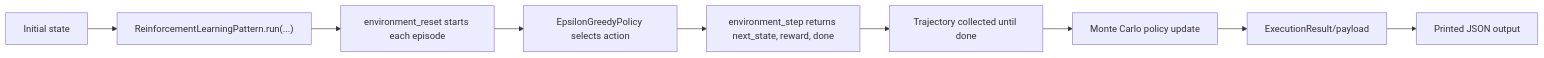
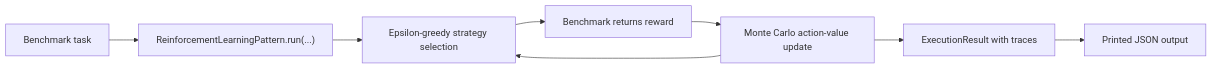
Before and after one commit to cmudrc/design-research-agents: the diagram in docs/examples/patterns/reinforcement_learning.rst, drawn with Mermaid. The commit also changed other lines of this file and 8 other files, not shown here.

Commit message:
Harden reinforcement learning behavior

```diff
--- a/docs/examples/patterns/reinforcement_learning.rst
+++ b/docs/examples/patterns/reinforcement_learning.rst
@@ -24,11 +24,10 @@
 .. mermaid::
 
    flowchart LR
-       A["Initial state"] --> B["ReinforcementLearningPattern.run(...)"]
-       B --> C["environment_reset starts each episode"]
-       C --> D["EpsilonGreedyPolicy selects action"]
-       D --> E["environment_step returns next_state, reward, done"]
-       E --> F["Trajectory collected until done"]
-       F --> G["Monte Carlo policy update"]
-       G --> H["ExecutionResult/payload"]
-       H --> I["Printed JSON output"]
+       A["Benchmark task"] --> B["ReinforcementLearningPattern.run(...)"]
+       B --> C["Epsilon-greedy strategy selection"]
+       C --> D["Benchmark returns reward"]
+       D --> E["Monte Carlo action-value update"]
+       E --> C
+       E --> F["ExecutionResult with traces"]
+       F --> G["Printed JSON output"]
```
